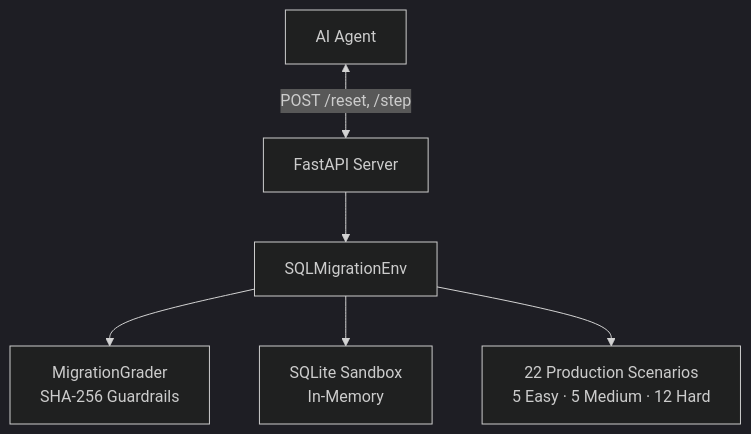
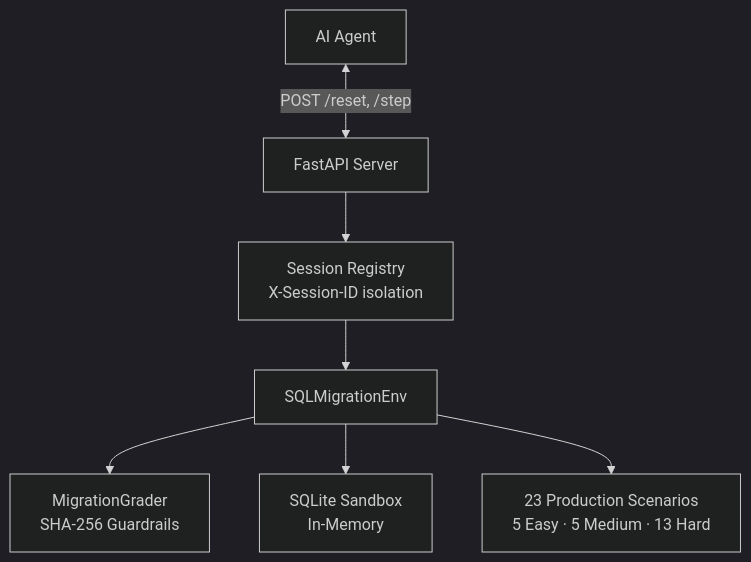
Before and after one commit to ShyamAlancode/sql-migration-env: the diagram in README.md, drawn with Mermaid (dark theme). The commit also changed other lines of this file and 8 other files, not shown here.

Commit message:
feat: phase 1-5 complete - grader fixes, session concurrency, UI overhaul

````diff
--- a/README.md
+++ b/README.md
@@ -164,8 +152,9 @@
 ```mermaid
 graph TD
     A[AI Agent] <-->|POST /reset, /step| B[FastAPI Server]
-    B --> C[SQLMigrationEnv]
-    C --> D[MigrationGrader<br/>SHA-256 Guardrails]
-    C --> E[SQLite Sandbox<br/>In-Memory]
-    C --> F[22 Production Scenarios<br/>5 Easy · 5 Medium · 12 Hard]
+    B --> C[Session Registry<br>X-Session-ID isolation]
+    C --> D[SQLMigrationEnv]
+    D --> E[MigrationGrader<br>SHA-256 Guardrails]
+    D --> F[SQLite Sandbox<br>In-Memory]
+    D --> G[23 Production Scenarios<br>5 Easy · 5 Medium · 13 Hard]
 ```
````
